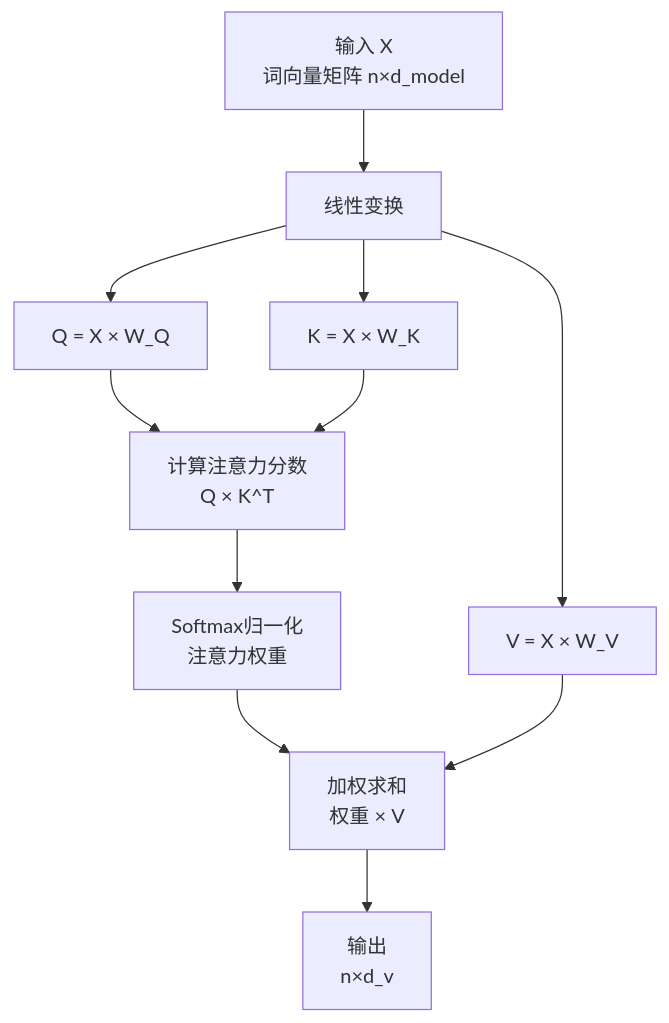
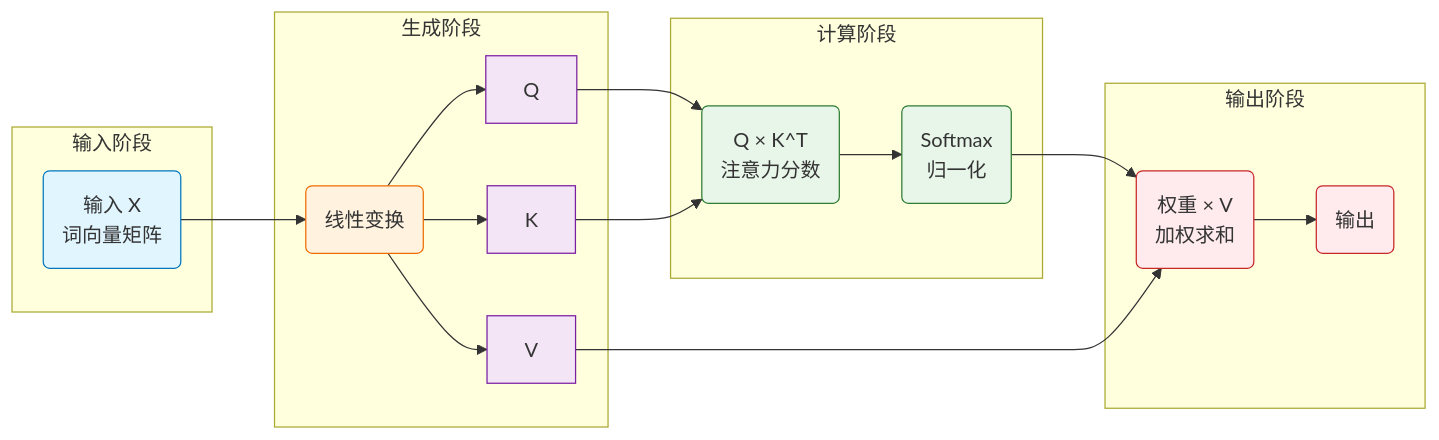
One commit to Zheng-Enci/Knoweledges changed the diagram in 一起学Transformer/03-注意力机制基础.md. Above: the diagram before and after it, drawn with Mermaid.

Commit message:
优化流程图：改为横向布局、添加颜色区分不同阶段

````diff
--- a/一起学Transformer/03-注意力机制基础.md
+++ b/一起学Transformer/03-注意力机制基础.md
@@ -78,18 +78,38 @@
 ```mermaid
-flowchart TD
-    A[输入 X<br/>词向量矩阵 n×d_model] --> B[线性变换]
+flowchart LR
+    subgraph 输入阶段
+        A("输入 X<br/>词向量矩阵"):::input
+    end
     
-    B --> C[Q = X × W_Q]
-    B --> D[K = X × W_K]
-    B --> E[V = X × W_V]
+    subgraph 生成阶段
+        B("线性变换"):::process
+        C["Q"]:::qkv
+        D["K"]:::qkv
+        E["V"]:::qkv
+    end
     
-    C --> F[计算注意力分数<br/>Q × K^T]
-    D --> F
+    subgraph 计算阶段
+        F("Q × K^T<br/>注意力分数"):::calc
+        G("Softmax<br/>归一化"):::calc
+    end
     
-    F --> G[Softmax归一化<br/>注意力权重]
+    subgraph 输出阶段
+        H("权重 × V<br/>加权求和"):::output
+        I("输出"):::output
+    end
     
-    G --> H[加权求和<br/>权重 × V]
-    E --> H
+    A --> B
+    B --> C
+    B --> D
+    B --> E
+    C & D --> F
+    F --> G
+    G & E --> H
+    H --> I
     
-    H --> I[输出<br/>n×d_v]
+    classDef input fill:#e1f5fe,stroke:#0277bd
+    classDef process fill:#fff3e0,stroke:#ef6c00
+    classDef qkv fill:#f3e5f5,stroke:#7b1fa2
+    classDef calc fill:#e8f5e9,stroke:#2e7d32
+    classDef output fill:#ffebee,stroke:#c62828
 ```
````
